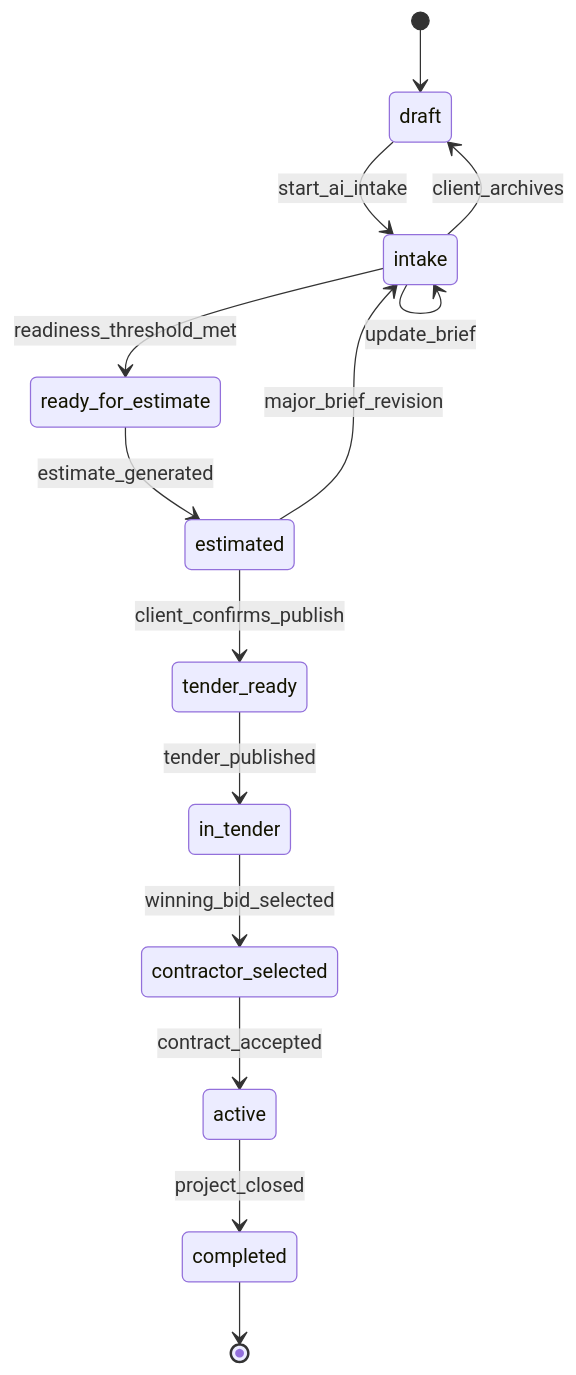
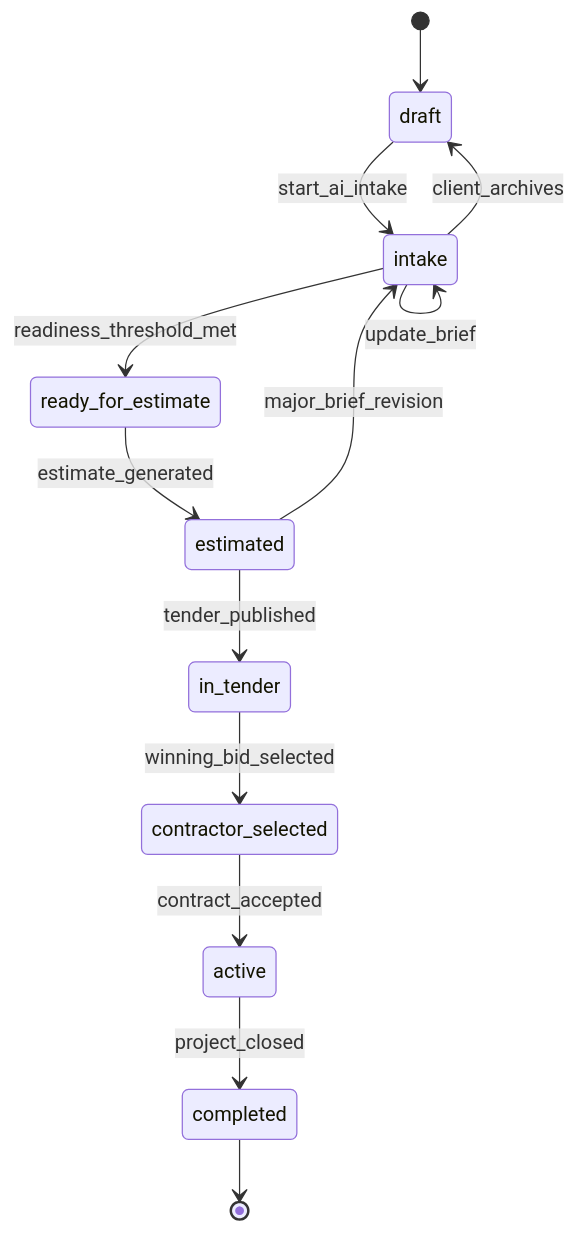
Before and after one commit to igor-chernetsky/Ant: the first of 3 diagrams in docs/domain-state-machines.md, drawn with Mermaid. The commit also changed other lines of this file and 11 other files, not shown here.

````diff
--- a/docs/domain-state-machines.md
+++ b/docs/domain-state-machines.md
@@ -9,17 +9,16 @@
 ```mermaid
 stateDiagram-v2
   [*] --> draft
   draft --> intake: start_ai_intake
   intake --> intake: update_brief
   intake --> ready_for_estimate: readiness_threshold_met
   ready_for_estimate --> estimated: estimate_generated
-  estimated --> tender_ready: client_confirms_publish
-  tender_ready --> in_tender: tender_published
+  estimated --> in_tender: tender_published
   in_tender --> contractor_selected: winning_bid_selected
   contractor_selected --> active: contract_accepted
   active --> completed: project_closed
   completed --> [*]
 
   intake --> draft: client_archives
   estimated --> intake: major_brief_revision
 ```
````
